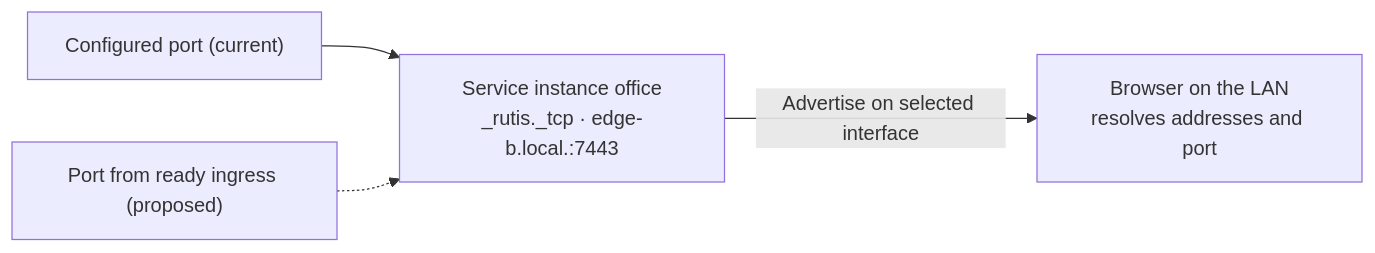
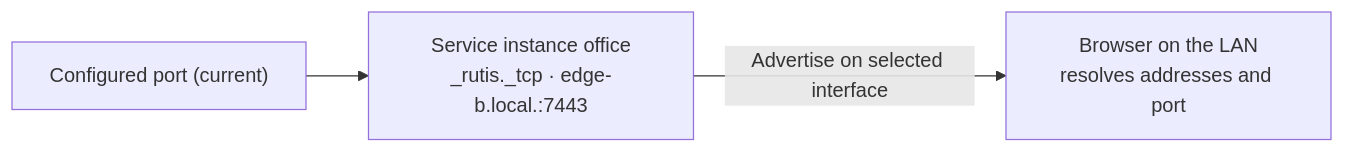
The diagram in discovery/mdns/README.md (arcships/rutis-network), drawn with Mermaid before and after one commit. The commit also changed other lines of this file and 3 other files, not shown here.

````diff
--- a/discovery/mdns/README.md
+++ b/discovery/mdns/README.md
@@ -11,6 +11,5 @@
 ```mermaid
 flowchart LR
     config["Configured port (current)"] --> ad["Service instance office<br/>_rutis._tcp · edge-b.local.:7443"]
-    ready["Port from ready ingress (proposed)"] -.-> ad
     ad -->|"Advertise on selected interface"| peer["Browser on the LAN<br/>resolves addresses and port"]
 ```
````
